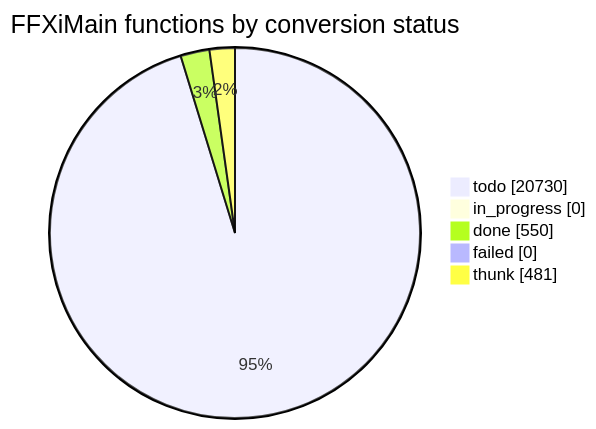
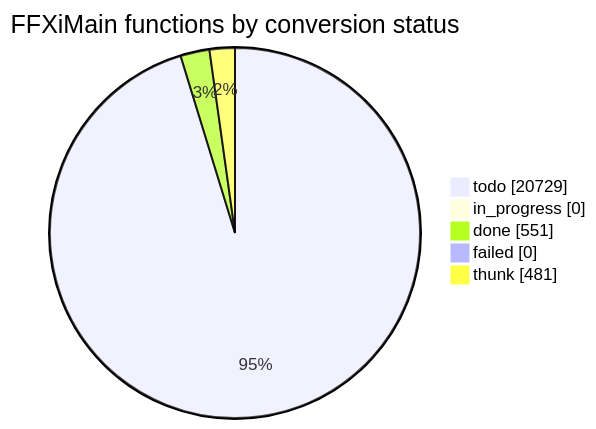
Before and after one commit to cowrevenge/cow_kuluu_xi_anything: the diagram in docs/cow/STATUS.md, drawn with Mermaid. The commit also changed other lines of this file and 9 other files, not shown here.

````diff
--- a/docs/cow/STATUS.md
+++ b/docs/cow/STATUS.md
@@ -18,9 +18,9 @@
 ```mermaid
 pie showData
     title FFXiMain functions by conversion status
-    "todo" : 20730
+    "todo" : 20729
     "in_progress" : 0
-    "done" : 550
+    "done" : 551
     "failed" : 0
     "thunk" : 481
 ```
````
